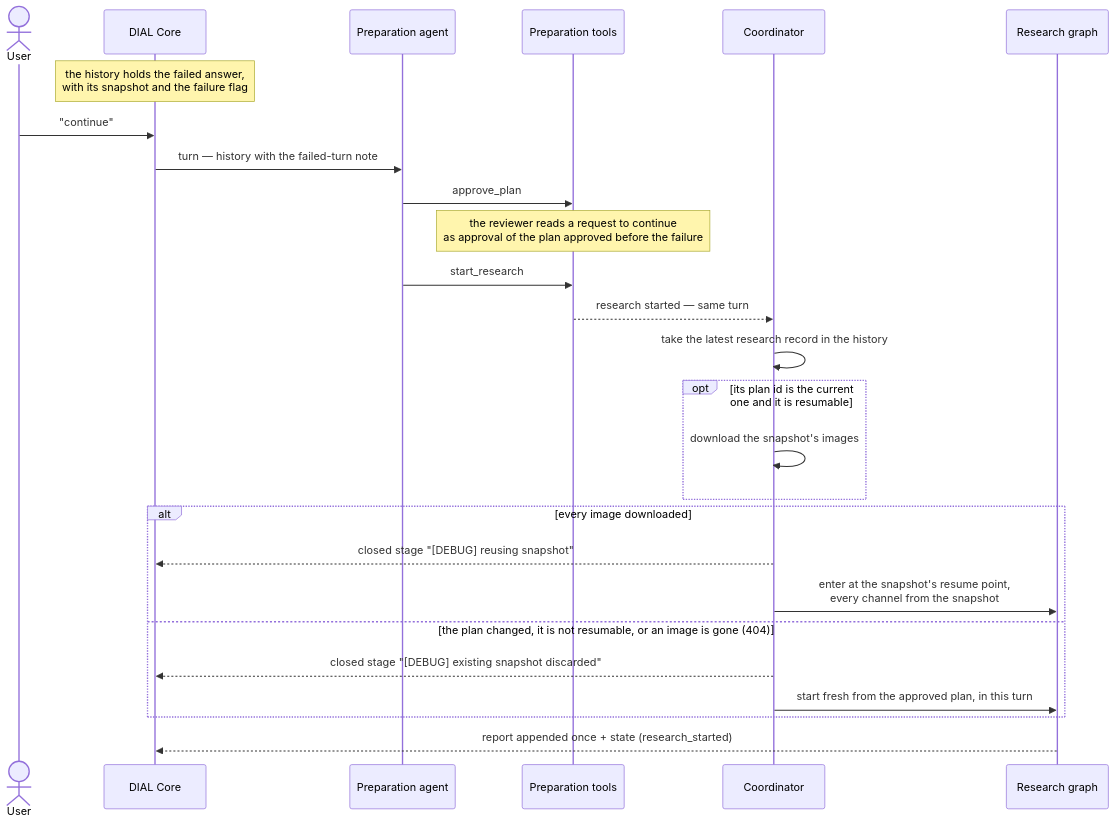
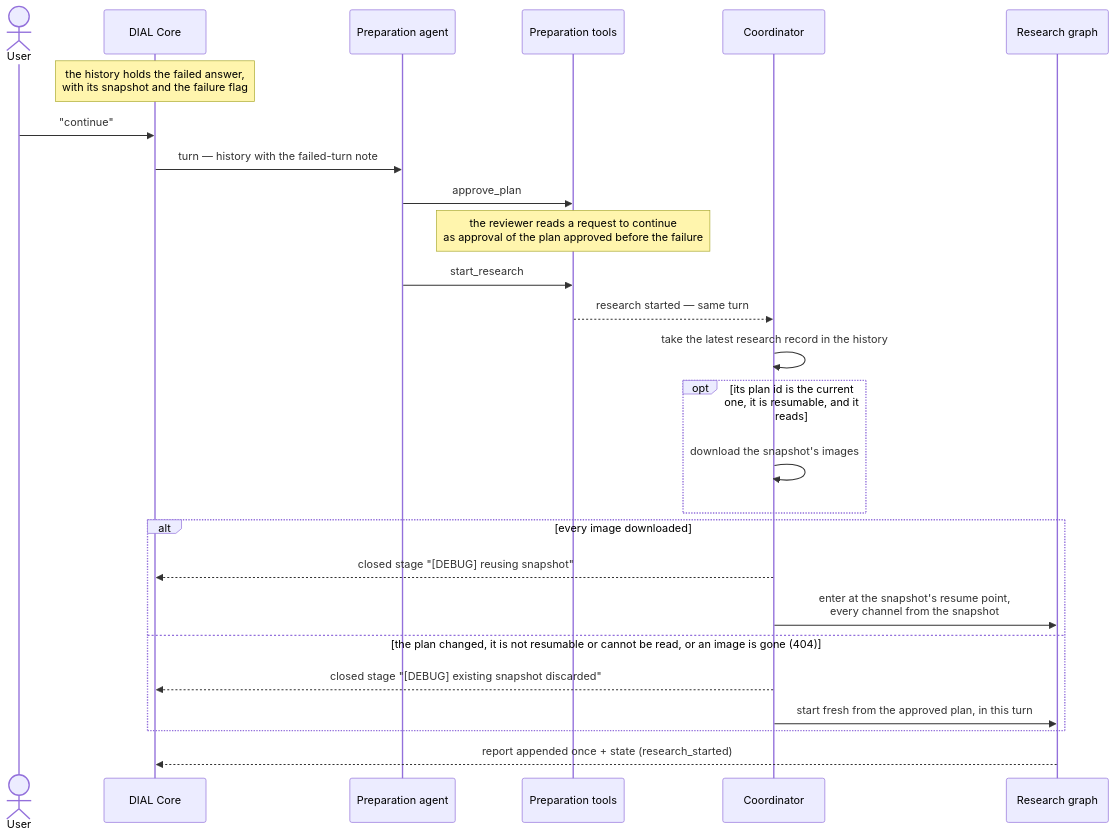
Before and after one commit to epam/ai-dial-deep-research-backend: the fourth of 5 diagrams in docs/architecture.md, drawn with Mermaid. The commit also changed other lines of this file and 18 other files, not shown here.

````diff
--- a/docs/architecture.md
+++ b/docs/architecture.md
@@ -242,29 +242,29 @@
 ```mermaid
 sequenceDiagram
     actor U as User
     participant C as DIAL Core
     participant A as Preparation agent
     participant T as Preparation tools
     participant K as Coordinator
     participant G as Research graph
 
     Note over C: the history holds the failed answer,<br/>with its snapshot and the failure flag
     U->>C: "continue"
     C->>A: turn — history with the failed-turn note
     A->>T: approve_plan
     Note over T: the reviewer reads a request to continue<br/>as approval of the plan approved before the failure
     A->>T: start_research
     T-->>K: research started — same turn
     K->>K: take the latest research record in the history
-    opt its plan id is the current one and it is resumable
+    opt its plan id is the current one, it is resumable, and it reads
         K->>K: download the snapshot's images
     end
     alt every image downloaded
         K-->>C: closed stage "[DEBUG] reusing snapshot"
         K->>G: enter at the snapshot's resume point,<br/>every channel from the snapshot
-    else the plan changed, it is not resumable, or an image is gone (404)
+    else the plan changed, it is not resumable or cannot be read, or an image is gone (404)
         K-->>C: closed stage "[DEBUG] existing snapshot discarded"
         K->>G: start fresh from the approved plan, in this turn
     end
     G-->>C: report appended once + state (research_started)
 ```
````
